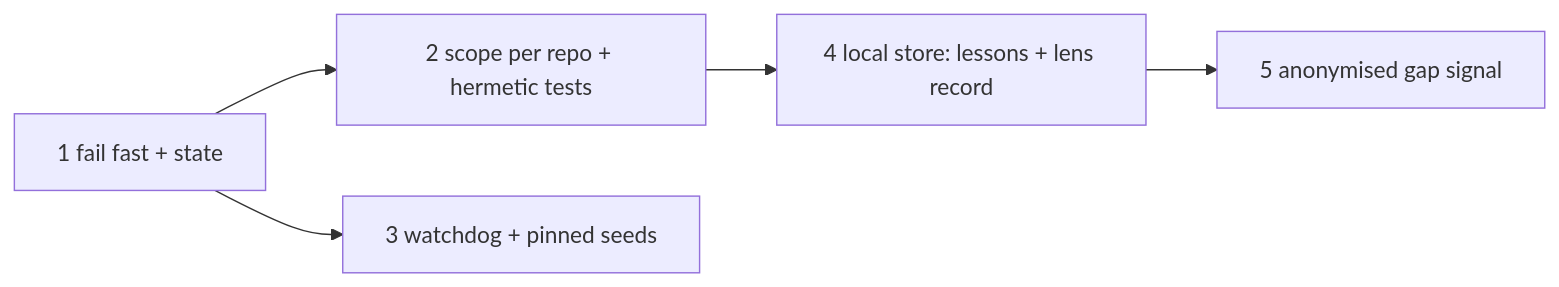
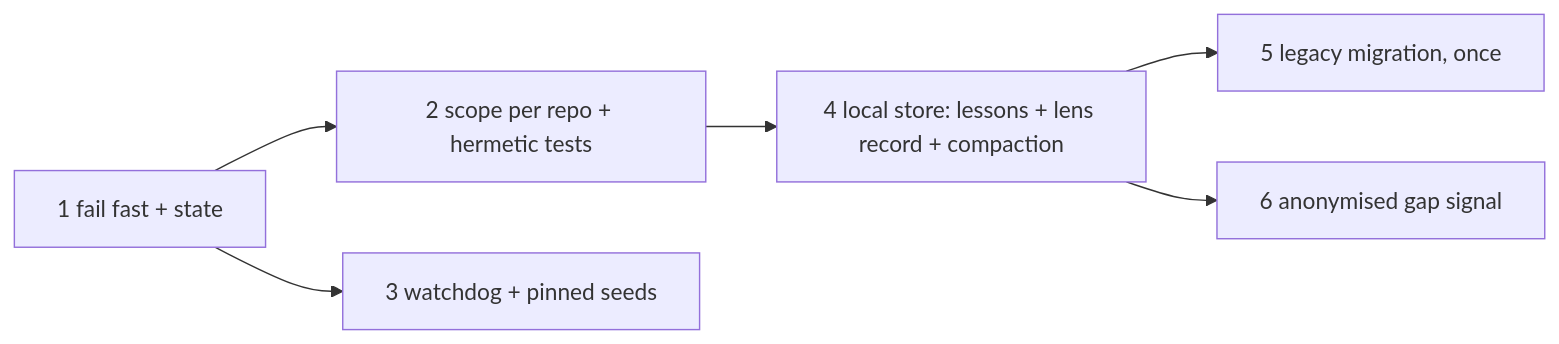
One commit to repoachhq/repoach changed the diagram in docs/specs/2026-11-12_SP-REVIEW-MEMORY-LOOP_umbrella-local-memory-per-project-and-an-anonymised-gap-signal.md. Above: the diagram before and after it, drawn with Mermaid. The commit also changed other lines of this file and 1 other file, not shown here.

First line of the commit message:
docs(specs): record the owner decision on the legacy entries

````diff
--- a/docs/specs/2026-11-12_SP-REVIEW-MEMORY-LOOP_umbrella-local-memory-per-project-and-an-anonymised-gap-signal.md
+++ b/docs/specs/2026-11-12_SP-REVIEW-MEMORY-LOOP_umbrella-local-memory-per-project-and-an-anonymised-gap-signal.md
@@ -109,7 +113,8 @@
 ```mermaid
 flowchart LR
     A[1 fail fast + state] --> B[2 scope per repo + hermetic tests]
     A --> C[3 watchdog + pinned seeds]
-    B --> D[4 local store: lessons + lens record]
-    D --> E[5 anonymised gap signal]
+    B --> D[4 local store: lessons + lens record + compaction]
+    D --> M[5 legacy migration, once]
+    D --> E[6 anonymised gap signal]
 ```
````
